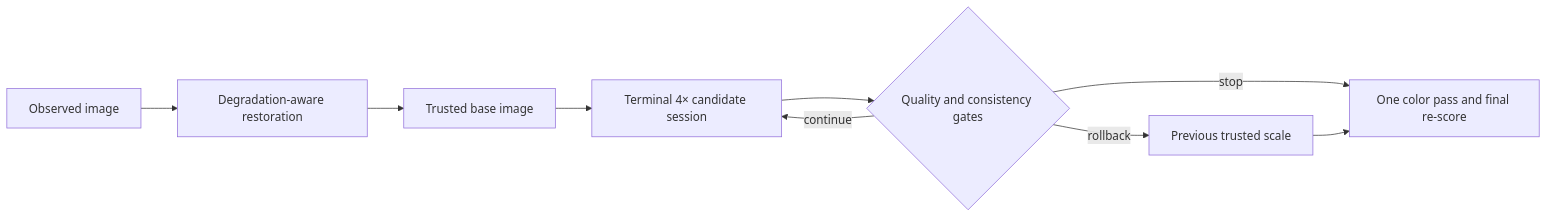
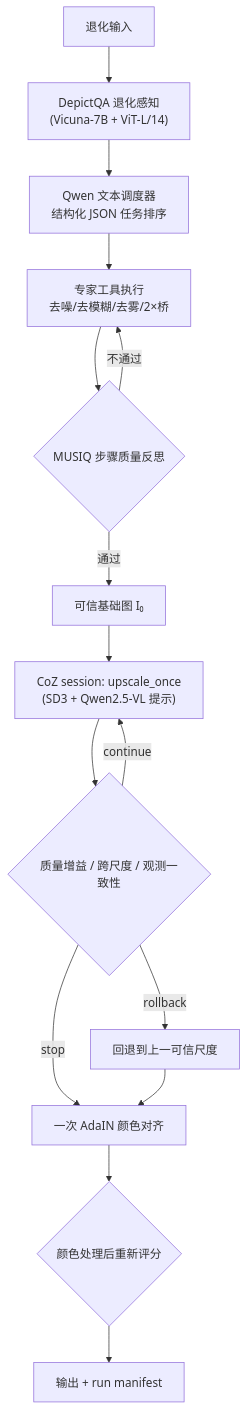
The diagram in README.md (liuqjjin/scaleguard-4k), drawn with Mermaid before and after one commit. The commit also changed other lines of this file, not shown here.

````diff
--- a/README.md
+++ b/README.md
@@ -31,11 +87,17 @@
 ```mermaid
-flowchart LR
-    I["Observed image"] --> A["Degradation-aware restoration"]
-    A --> T["Trusted base image"]
-    T --> C["Terminal 4× candidate session"]
-    C --> G{"Quality and consistency gates"}
+flowchart TD
+    I["退化输入"] --> P["DepictQA 退化感知<br/>(Vicuna-7B + ViT-L/14)"]
+    P --> S["Qwen 文本调度器<br/>结构化 JSON 任务排序"]
+    S --> E["专家工具执行<br/>去噪/去模糊/去雾/2×桥"]
+    E --> Q1{"MUSIQ 步骤质量反思"}
+    Q1 -->|"不通过"| E
+    Q1 -->|"通过"| T["可信基础图 I₀"]
+    T --> C["CoZ session: upscale_once<br/>(SD3 + Qwen2.5-VL 提示)"]
+    C --> G{"质量增益 / 跨尺度 / 观测一致性"}
     G -->|"continue"| C
-    G -->|"stop"| F["One color pass and final re-score"]
-    G -->|"rollback"| R["Previous trusted scale"]
-    R --> F
+    G -->|"rollback"| K["回退到上一可信尺度"]
+    G -->|"stop"| F["一次 AdaIN 颜色对齐"]
+    K --> F
+    F --> R{"颜色处理后重新评分"}
+    R --> O["输出 + run manifest"]
 ```
````
